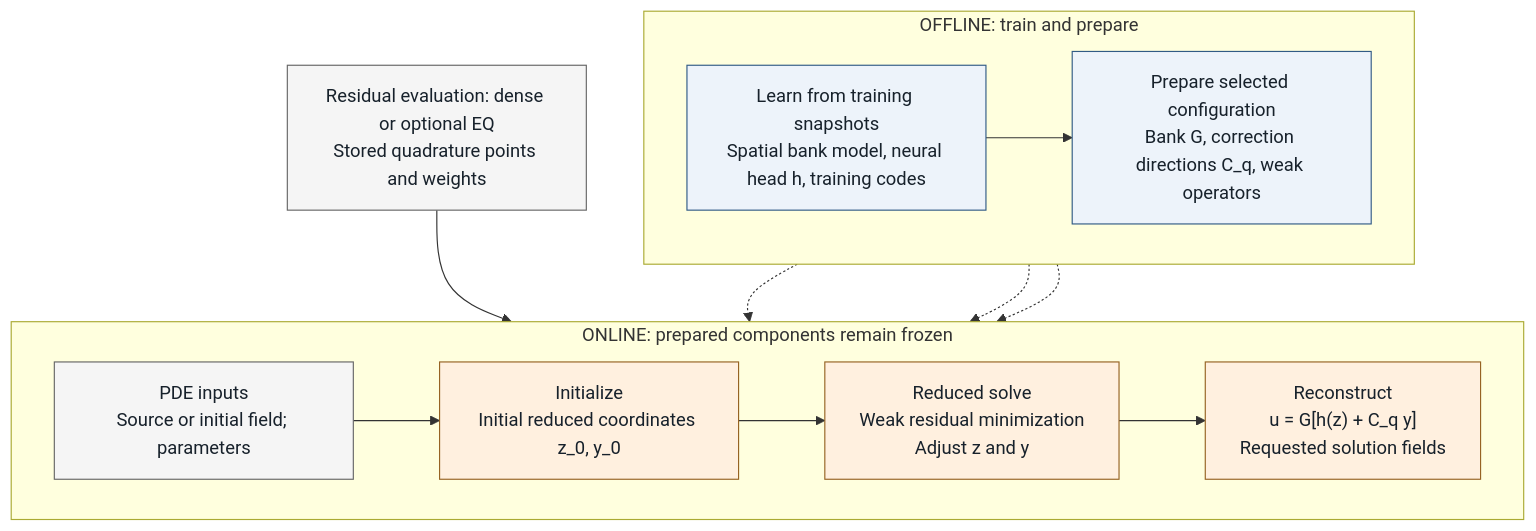
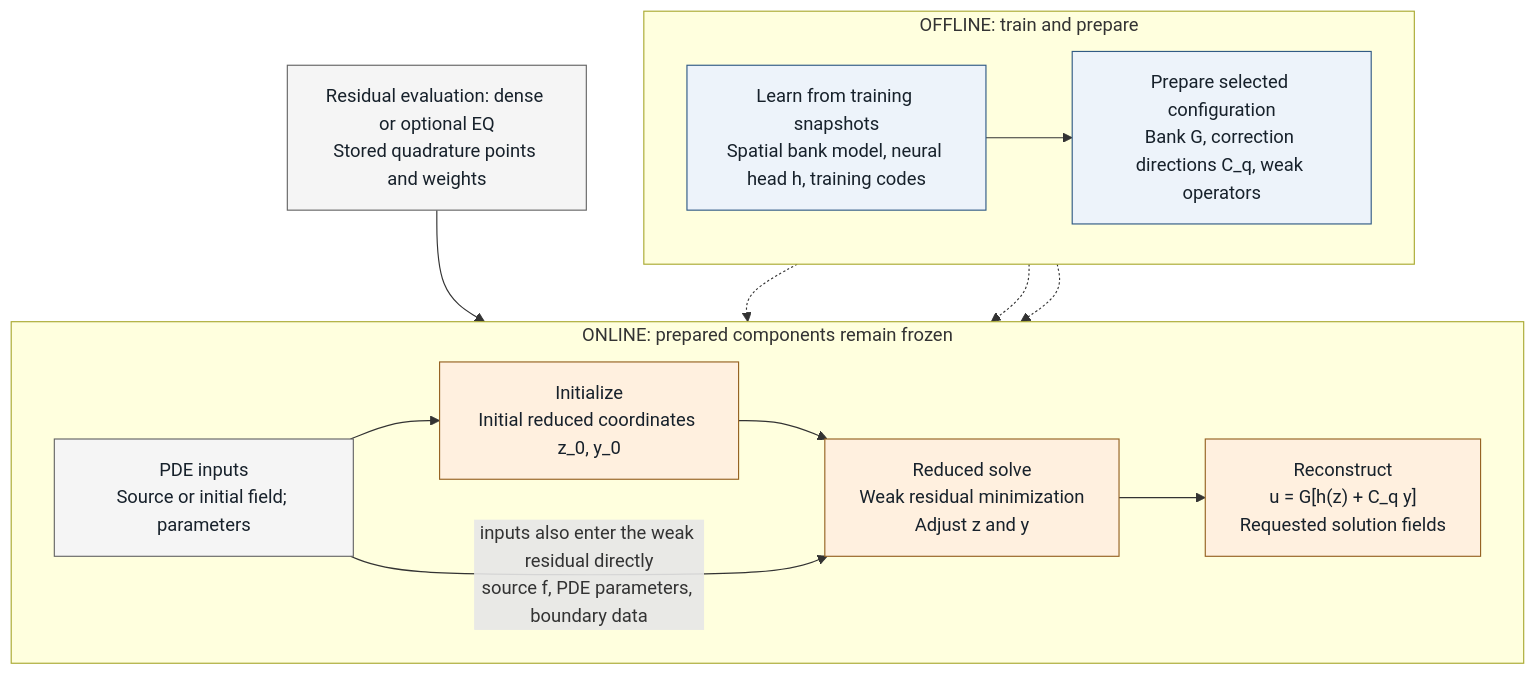
Before and after one commit to tahmidawal/Tunable-NM-ROM: the diagram in paper/figures/architecture.mmd, drawn with Mermaid. The commit also changed 3 other files, not shown here.

First line of the commit message:
Method diagram: draw the direct input dependency of the weak residual

```diff
--- a/paper/figures/architecture.mmd
+++ b/paper/figures/architecture.mmd
@@ -1,31 +1,33 @@
 %% Conceptual source. architecture.tex is the matching print layout.
 flowchart TB
   subgraph OFF["OFFLINE: train and prepare"]
     direction LR
     TRAIN["Learn from training snapshots<br/>Spatial bank model, neural head h, training codes"]
     PREP["Prepare selected configuration<br/>Bank G, correction directions C_q, weak operators"]
     TRAIN --> PREP
   end
   subgraph ON["ONLINE: prepared components remain frozen"]
     direction LR
     INPUT["PDE inputs<br/>Source or initial field; parameters"]
     INIT["Initialize<br/>Initial reduced coordinates z_0, y_0"]
     SOLVE["Reduced solve<br/>Weak residual minimization<br/>Adjust z and y"]
     OUTPUT["Reconstruct<br/>u = G[h(z) + C_q y]<br/>Requested solution fields"]
     INPUT --> INIT --> SOLVE --> OUTPUT
+    INPUT -->|"inputs also enter the weak residual directly<br/>source f, PDE parameters, boundary data"| SOLVE
   end
   PREP -.-> INIT
   PREP -.-> SOLVE
   PREP -.-> OUTPUT
   EQ["Residual evaluation: dense or optional EQ<br/>Stored quadrature points and weights"] --> SOLVE
   classDef frozen fill:#edf3fa,stroke:#315b85,color:#17212b;
   classDef online fill:#fff0df,stroke:#966323,color:#17212b;
   classDef neutral fill:#f5f5f5,stroke:#666,color:#17212b;
   class TRAIN,PREP frozen;
   class INIT,SOLVE,OUTPUT online;
   class INPUT,EQ neutral;
+%% The PDE inputs feed the solve twice: through the initial coordinates and directly through the residual.
 %% z: nonlinear coordinates; y: correction coefficients; q: correction count.
 %% Linear-PDE correction coefficients may be eliminated analytically.
 %% Time-dependent problems repeat the reduced step; reconstruction is at requested times.
 %% EQ is used in Burgers2D panels; current 3D and wave panels do not use EQ.
 %% Baselines are independent comparison methods, never downstream pipeline stages.
```
